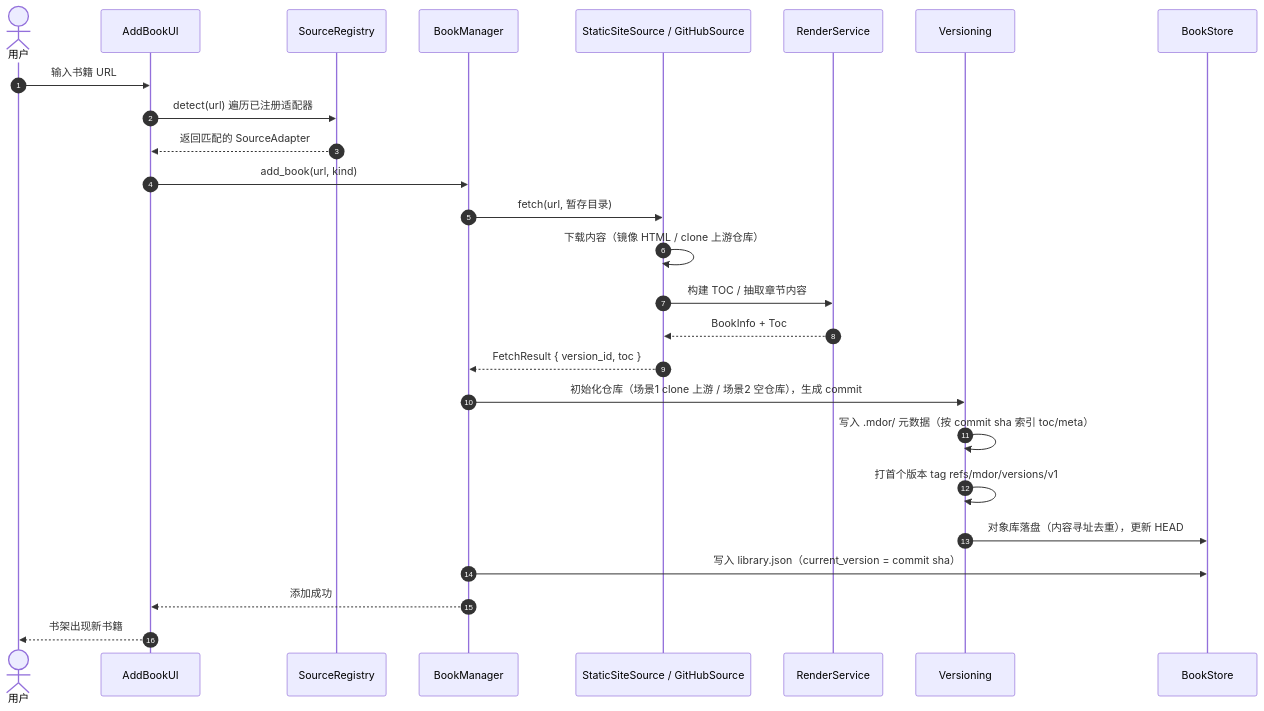
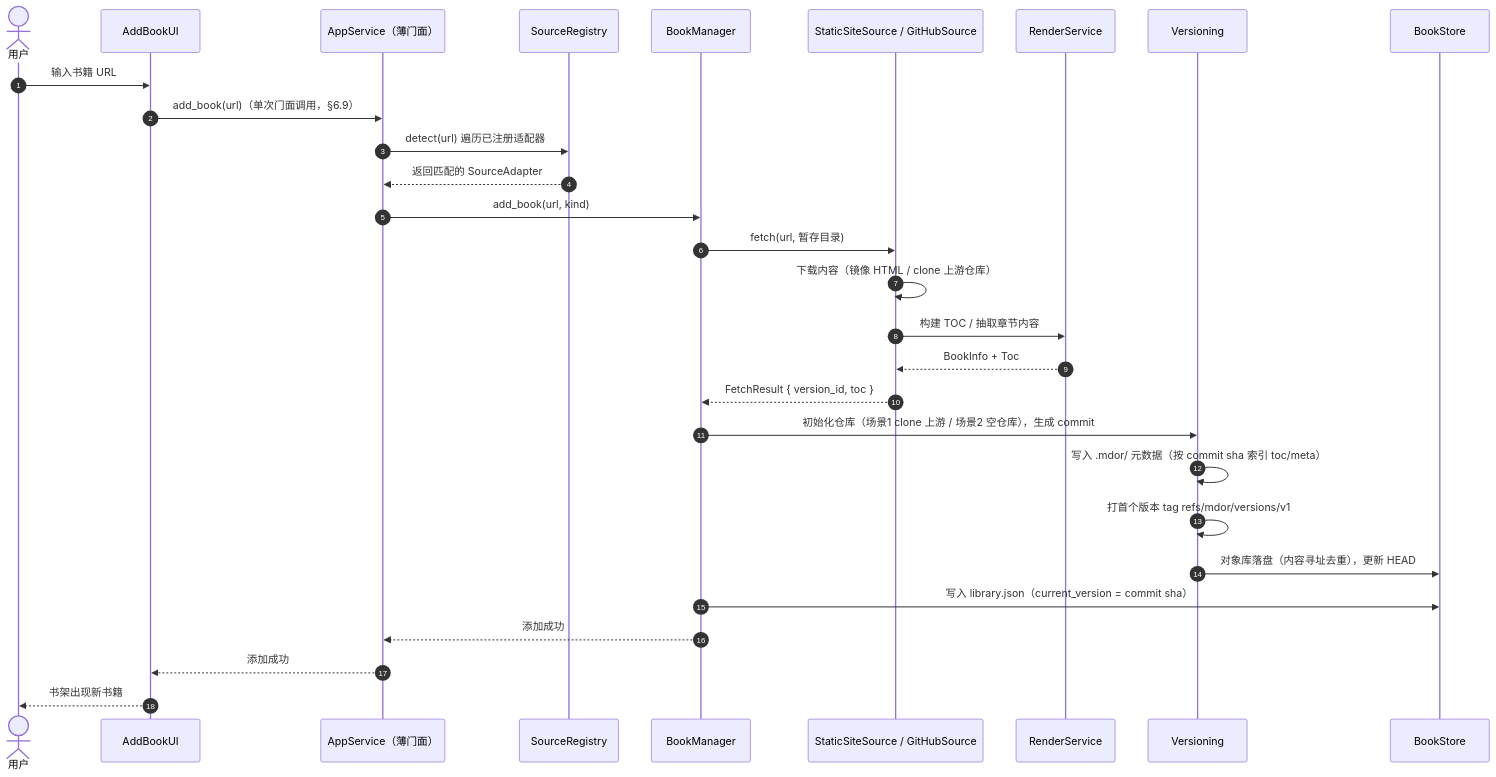
One commit to MNFConde/mdor changed the second of 5 diagrams in doc/project.md. Above: the diagram before and after it, drawn with Mermaid. The commit also changed other lines of this file and 1 other file, not shown here.

````diff
--- a/doc/project.md
+++ b/doc/project.md
@@ -160,29 +167,32 @@
 ```mermaid
 sequenceDiagram
     autonumber
     actor U as 用户
     participant ADD as AddBookUI
+    participant APP as AppService（薄门面）
     participant REG as SourceRegistry
     participant BM as BookManager
     participant AD as StaticSiteSource / GitHubSource
     participant RS as RenderService
     participant VER as Versioning
     participant BS as BookStore
 
     U->>ADD: 输入书籍 URL
-    ADD->>REG: detect(url) 遍历已注册适配器
-    REG-->>ADD: 返回匹配的 SourceAdapter
-    ADD->>BM: add_book(url, kind)
+    ADD->>APP: add_book(url)（单次门面调用，§6.9）
+    APP->>REG: detect(url) 遍历已注册适配器
+    REG-->>APP: 返回匹配的 SourceAdapter
+    APP->>BM: add_book(url, kind)
     BM->>AD: fetch(url, 暂存目录)
     AD->>AD: 下载内容（镜像 HTML / clone 上游仓库）
     AD->>RS: 构建 TOC / 抽取章节内容
     RS-->>AD: BookInfo + Toc
     AD-->>BM: FetchResult { version_id, toc }
     BM->>VER: 初始化仓库（场景1 clone 上游 / 场景2 空仓库），生成 commit
     VER->>VER: 写入 .mdor/ 元数据（按 commit sha 索引 toc/meta）
     VER->>VER: 打首个版本 tag refs/mdor/versions/v1
     VER->>BS: 对象库落盘（内容寻址去重），更新 HEAD
     BM->>BS: 写入 library.json（current_version = commit sha）
-    BM-->>ADD: 添加成功
+    BM-->>APP: 添加成功
+    APP-->>ADD: 添加成功
     ADD-->>U: 书架出现新书籍
 ```
````
